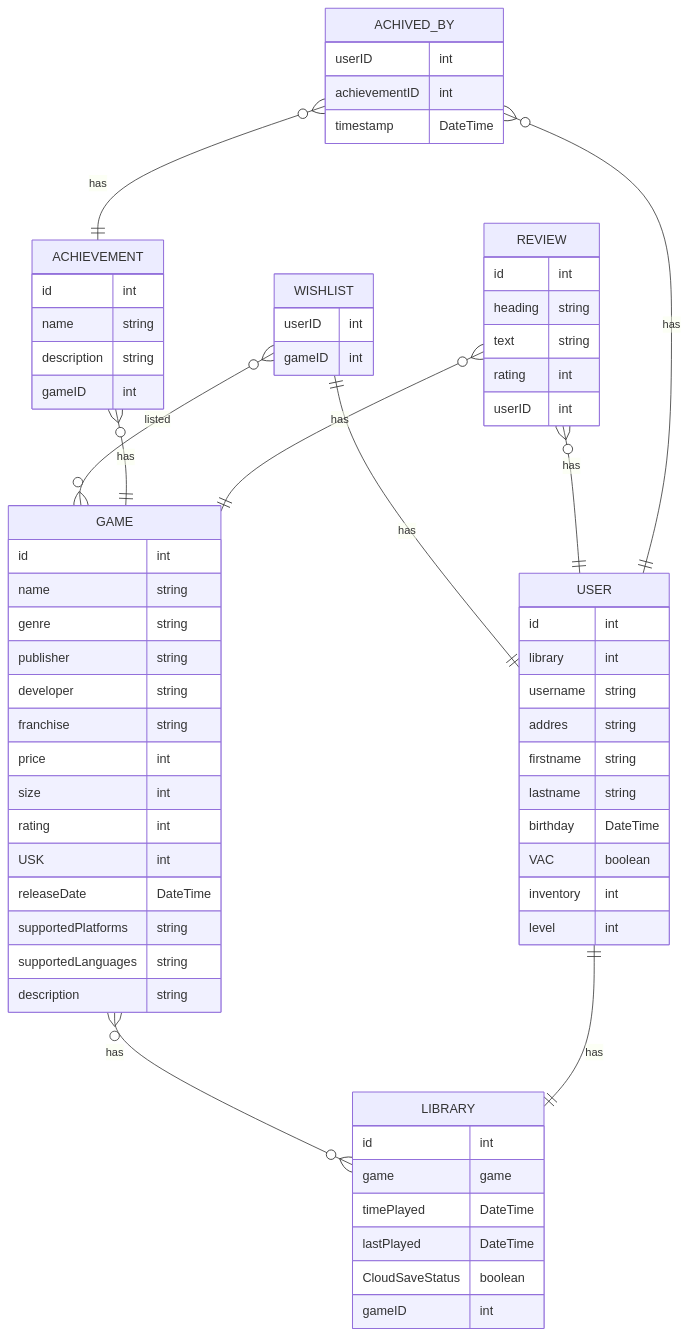
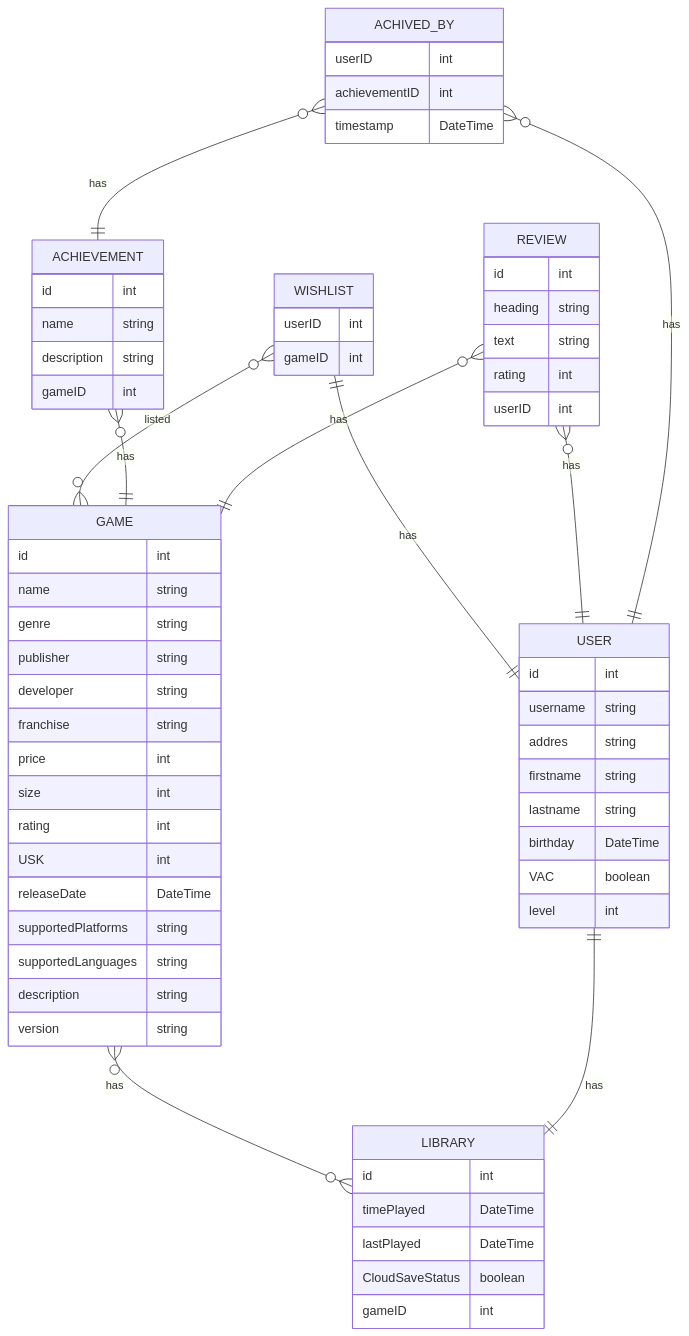
The diagram in report/README.md (Schpadel/SteamDjangoDBModel), drawn with Mermaid before and after one commit. The commit also changed other lines of this file and 1 other file, not shown here.

Commit message:
added version to erDiagram and updated report

```diff
--- a/report/README.md
+++ b/report/README.md
@@ -45,17 +46,17 @@
         supportedPlatforms string
         supportedLanguages string
         description string
+        version string
     }
     LIBRARY {
         id int
-        game game
         timePlayed DateTime
         lastPlayed DateTime
         CloudSaveStatus boolean
         gameID int
     }
 
-
+    
     WISHLIST }o--o{ GAME : listed
         WISHLIST {
             userID int
@@ -90,17 +91,15 @@
     USER ||--|| LIBRARY : "has"
         USER {
             id int
-            library int
             username string
             addres string
             firstname string
             lastname string
             birthday DateTime
             VAC boolean
-            inventory int
             level int
         }
-
+  
     %%ITEM }o--o{ INVENTORY : "assigned to"
 
     ACHIVED_BY }o--|| USER : has
```
